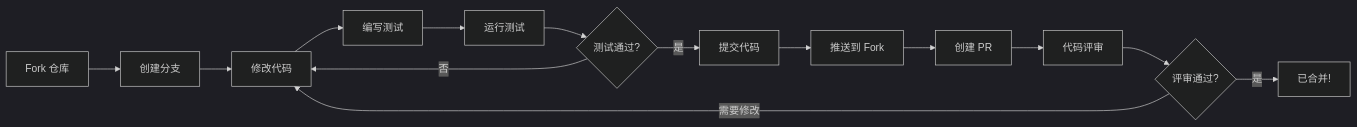
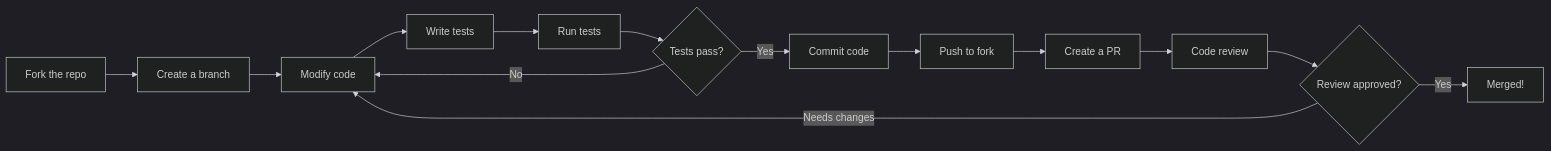
One commit to Kirky-X/confers changed the first of 2 diagrams in docs/en/CONTRIBUTING.md. Above: the diagram before and after it, drawn with Mermaid (dark theme). The commit also changed other lines of this file and 16 other files, not shown here.

````diff
--- a/docs/en/CONTRIBUTING.md
+++ b/docs/en/CONTRIBUTING.md
@@ -141,16 +141,16 @@
 ```mermaid
 graph LR
-    A[Fork 仓库] --> B[创建分支]
-    B --> C[修改代码]
-    C --> D[编写测试]
-    D --> E[运行测试]
-    E --> F{测试通过?}
-    F -->|否| C
-    F -->|是| G[提交代码]
-    G --> H[推送到 Fork]
-    H --> I[创建 PR]
-    I --> J[代码评审]
-    J --> K{评审通过?}
-    K -->|需要修改| C
-    K -->|是| L[已合并!]
+    A[Fork the repo] --> B[Create a branch]
+    B --> C[Modify code]
+    C --> D[Write tests]
+    D --> E[Run tests]
+    E --> F{Tests pass?}
+    F -->|No| C
+    F -->|Yes| G[Commit code]
+    G --> H[Push to fork]
+    H --> I[Create a PR]
+    I --> J[Code review]
+    J --> K{Review approved?}
+    K -->|Needs changes| C
+    K -->|Yes| L[Merged!]
 ```
````
